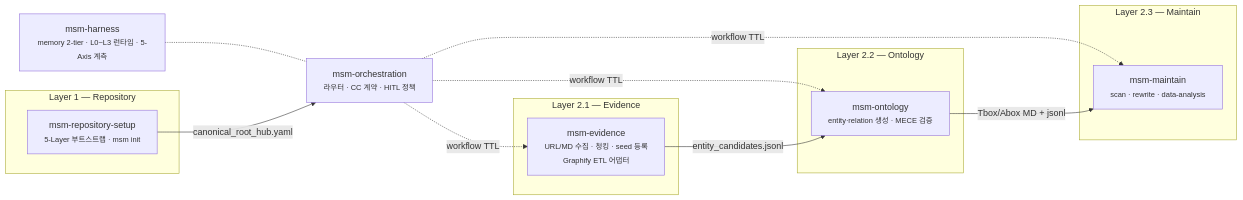
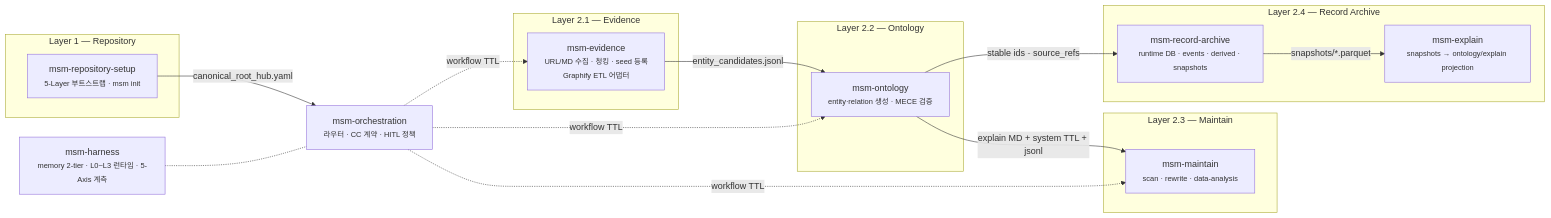
Before and after one commit to WMJOON/markdown-scaffolding-multihop: the diagram in README.md, drawn with Mermaid. The commit also changed other lines of this file and 69 other files, not shown here.

Commit message:
Promote record archive and explain skills

````diff
--- a/README.md
+++ b/README.md
@@ -111,26 +125,32 @@
 ```mermaid
 flowchart LR
     ORCH["msm-orchestration<br/><small>라우터 · CC 계약 · HITL 정책</small>"]
     HRN["msm-harness<br/><small>memory 2-tier · L0~L3 런타임 · 5-Axis 계측</small>"]
 
     subgraph evidence["Layer 2.1 — Evidence"]
         ev["msm-evidence<br/><small>URL/MD 수집 · 청킹 · seed 등록<br/>Graphify ETL 어댑터</small>"]
     end
     subgraph ontology["Layer 2.2 — Ontology"]
         ont["msm-ontology<br/><small>entity·relation 생성 · MECE 검증</small>"]
     end
     subgraph maintain["Layer 2.3 — Maintain"]
         mnt["msm-maintain<br/><small>scan · rewrite · data-analysis</small>"]
     end
+    subgraph record["Layer 2.4 — Record Archive"]
+        rec["msm-record-archive<br/><small>runtime DB · events · derived · snapshots</small>"]
+        exp["msm-explain<br/><small>snapshots → ontology/explain projection</small>"]
+    end
     subgraph setup["Layer 1 — Repository"]
         rs["msm-repository-setup<br/><small>5-Layer 부트스트랩 · msm init</small>"]
     end
 
     ORCH -.->|workflow TTL| ev
     ORCH -.->|workflow TTL| ont
     ORCH -.->|workflow TTL| mnt
     HRN -.- ORCH
     ev -- "entity_candidates.jsonl" --> ont
-    ont -- "Tbox/Abox MD + jsonl" --> mnt
+    ont -- "explain MD + system TTL + jsonl" --> mnt
+    ont -- "stable ids · source_refs" --> rec
+    rec -- "snapshots/*.parquet" --> exp
     rs -- "canonical_root_hub.yaml" --> ORCH
 ```
````
